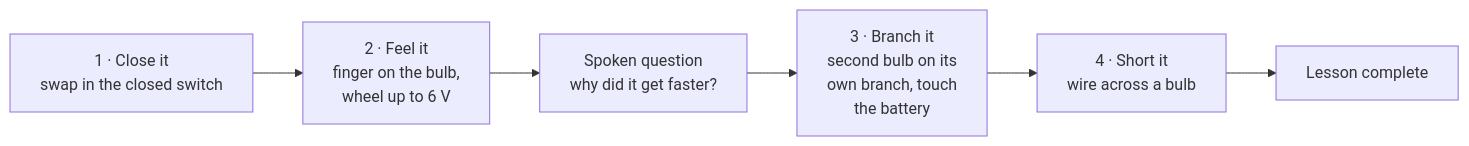
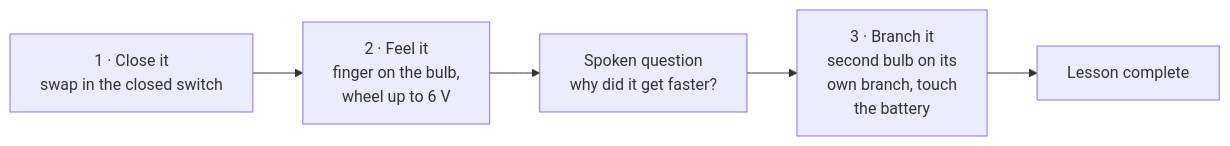
The first of 2 diagrams in docs/lab-flow.md (Bananagoo/Tacto), drawn with Mermaid before and after one commit. The commit also changed other lines of this file, not shown here.

First line of the commit message:
Drop the short circuit from the short demo proposal

````diff
--- a/docs/lab-flow.md
+++ b/docs/lab-flow.md
@@ -41,8 +43,7 @@
 ```mermaid
 flowchart LR
     S1["1 · Close it<br/>swap in the closed switch"] --> S2["2 · Feel it<br/>finger on the bulb,<br/>wheel up to 6 V"]
     S2 --> Q["Spoken question<br/>why did it get faster?"]
     Q --> S3["3 · Branch it<br/>second bulb on its<br/>own branch, touch<br/>the battery"]
-    S3 --> S4["4 · Short it<br/>wire across a bulb"]
-    S4 --> E["Lesson complete"]
+    S3 --> E["Lesson complete"]
 ```
````
